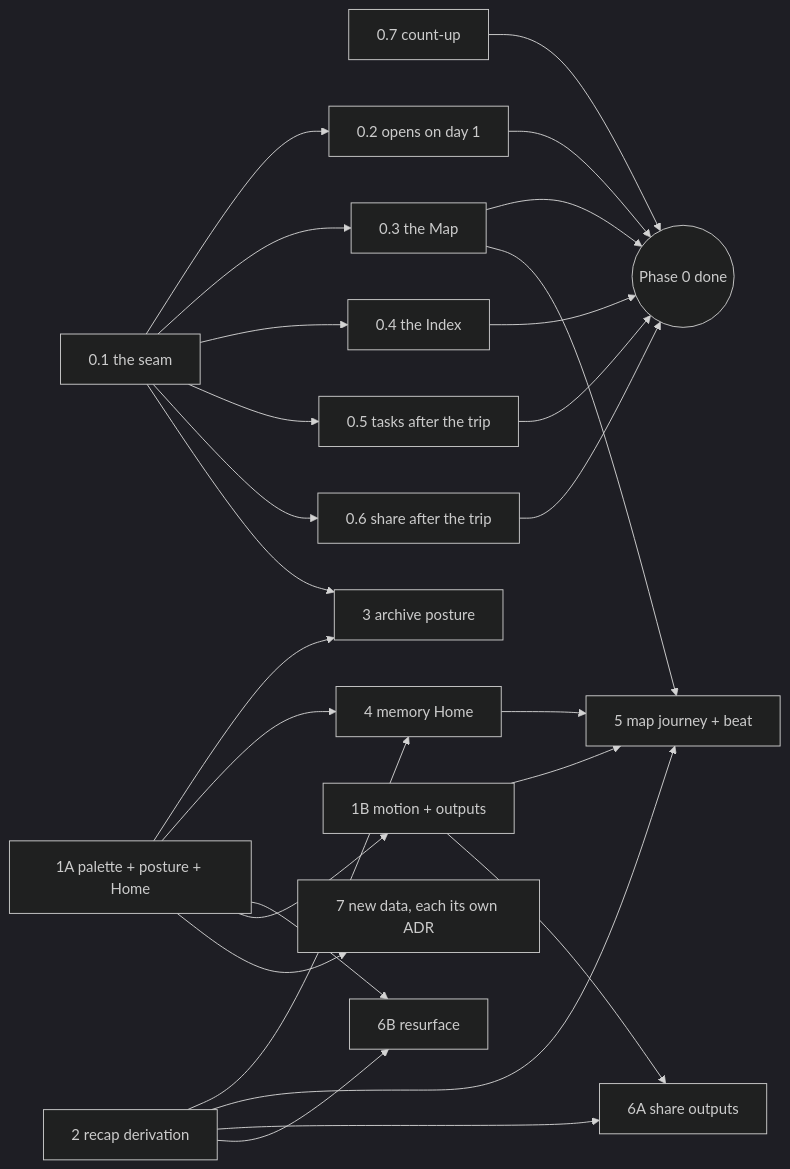
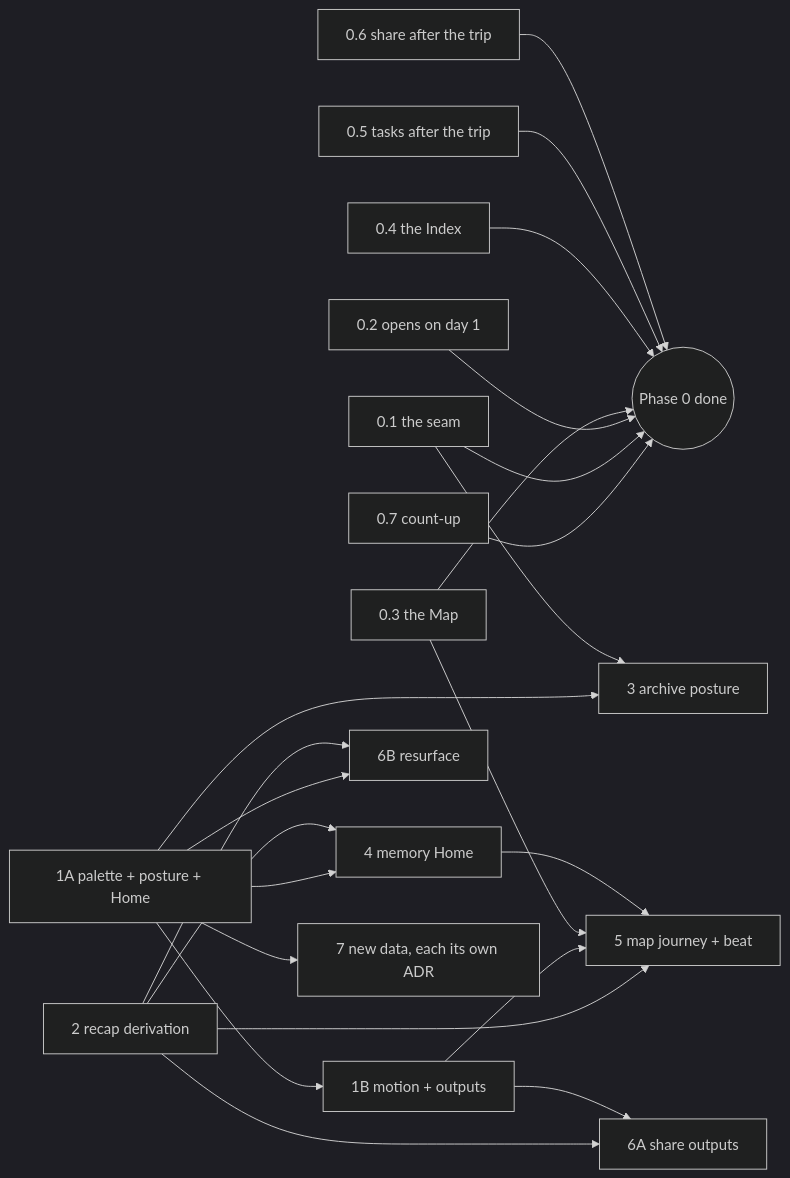
The diagram in docs/planning/2026-09-25-a-finished-trip-is-a-memory-build-plan.md (assafmanor/waypoint), drawn with Mermaid (dark theme) before and after one commit. The commit also changed other lines of this file and 13 other files, not shown here.

First line of the commit message:
feat(frontend): a finished trip reads one phase and opens on day 1 (finished trip 0.1 + 0.2) (#872)

````diff
--- a/docs/planning/2026-09-25-a-finished-trip-is-a-memory-build-plan.md
+++ b/docs/planning/2026-09-25-a-finished-trip-is-a-memory-build-plan.md
@@ -9,24 +9,19 @@
 ```mermaid
 graph LR
-  P07[0.7 count-up] --> DONE0
-  P01[0.1 the seam] --> P02[0.2 opens on day 1]
-  P01 --> P03[0.3 the Map]
-  P01 --> P04[0.4 the Index]
-  P01 --> P05[0.5 tasks after the trip]
-  P01 --> P06[0.6 share after the trip]
-  P02 & P03 & P04 & P05 & P06 --> DONE0((Phase 0 done))
+  P07[0.7 count-up] & P01[0.1 the seam] & P02[0.2 opens on day 1] --> DONE0((Phase 0 done))
+  P03[0.3 the Map] & P04[0.4 the Index] & P05[0.5 tasks after the trip] & P06[0.6 share after the trip] --> DONE0
   D1A[1A palette + posture + Home] --> P3[3 archive posture]
   D1A --> P4[4 memory Home]
   D1A --> P6B[6B resurface]
   D1A --> D1B[1B motion + outputs]
   P2[2 recap derivation] --> P4
   P2 --> P5[5 map journey + beat]
   P2 --> P6A[6A share outputs]
   P2 --> P6B
   D1B --> P5
   D1B --> P6A
   P01 --> P3
   P03 --> P5
   P4 --> P5
   D1A --> P7[7 new data, each its own ADR]
 ```
````
